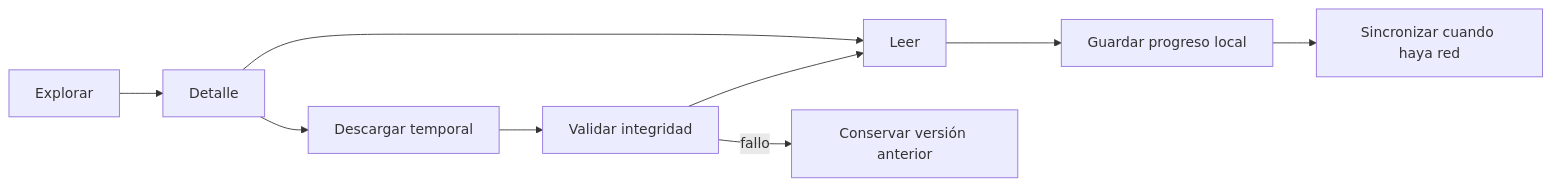
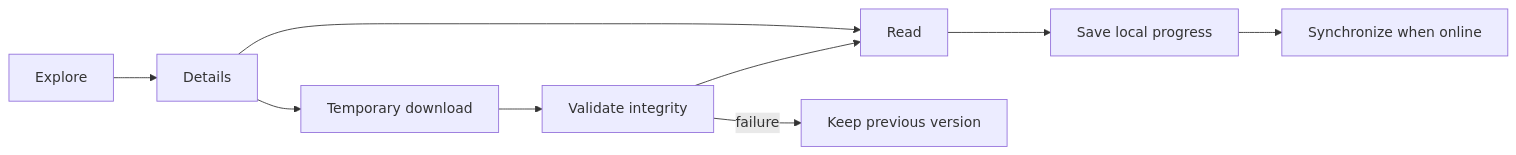
The second of 3 diagrams in docs/ux-ui/USER_FLOWS.md (dafermen/FollowRead), drawn with Mermaid before and after one commit. The commit also changed other lines of this file and 136 other files, not shown here.

````diff
--- a/docs/ux-ui/USER_FLOWS.md
+++ b/docs/ux-ui/USER_FLOWS.md
@@ -22,11 +22,11 @@
 ```mermaid
 flowchart LR
-    discover["Explorar"] --> detail["Detalle"]
-    detail --> read["Leer"]
-    detail --> download["Descargar temporal"]
-    download --> verify["Validar integridad"]
+    discover["Explore"] --> detail["Details"]
+    detail --> read["Read"]
+    detail --> download["Temporary download"]
+    download --> verify["Validate integrity"]
     verify --> read
-    read --> progress["Guardar progreso local"]
-    progress --> sync["Sincronizar cuando haya red"]
-    verify -->|fallo| keep["Conservar versión anterior"]
+    read --> progress["Save local progress"]
+    progress --> sync["Synchronize when online"]
+    verify -->|failure| keep["Keep previous version"]
 ```
````
